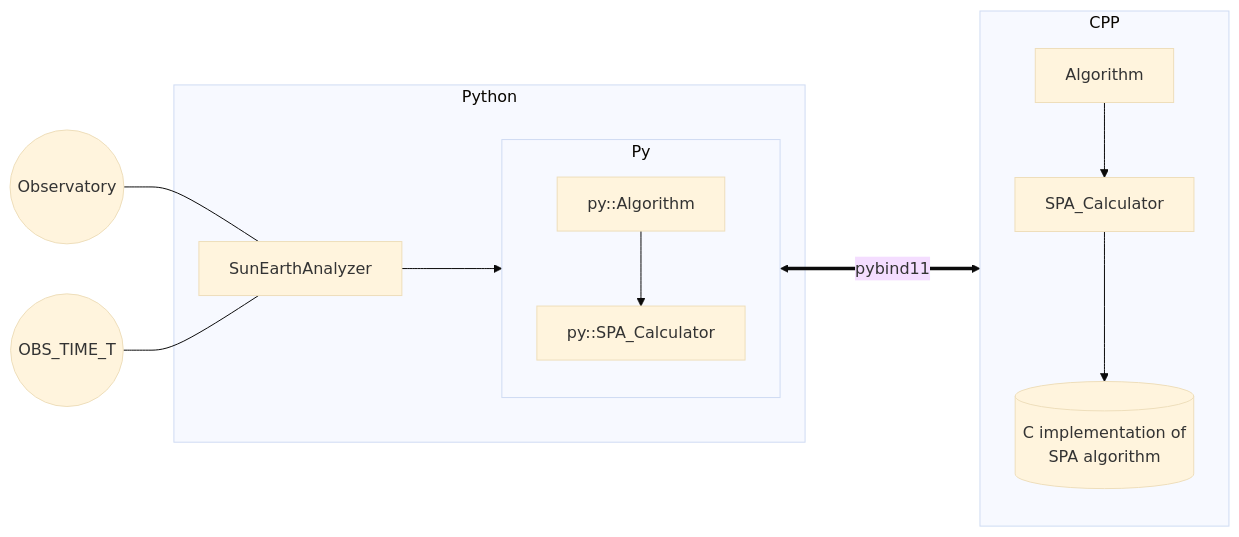
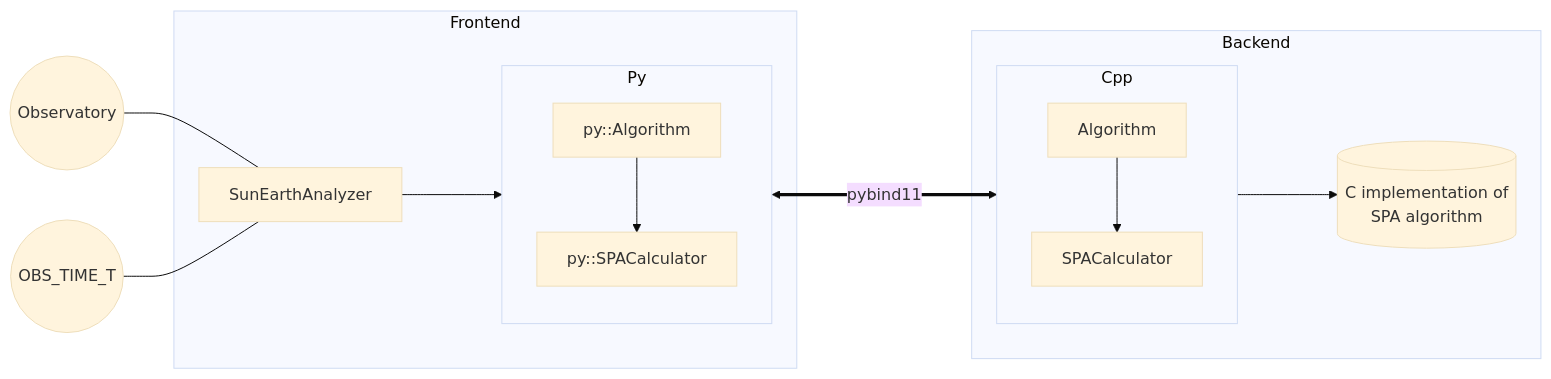
One commit to mikesongming/SE-Geometry changed the first of 3 diagrams in docs/dev-guide/dev-guide.md. Above: the diagram before and after it, drawn with Mermaid (base theme). The commit also changed other lines of this file and 17 other files, not shown here.

````diff
--- a/docs/dev-guide/dev-guide.md
+++ b/docs/dev-guide/dev-guide.md
@@ -44,30 +44,33 @@
 ``` mermaid
 flowchart LR
     i1((Observatory))
     i2((OBS_TIME_T))
     c1[SunEarthAnalyzer]
     a1[py::Algorithm]
-    a2[py::SPA_Calculator]
+    a2[py::SPACalculator]
     b1[Algorithm]
-    b2[SPA_Calculator]
+    b2[SPACalculator]
     d1[(C implementation of<br>SPA algorithm)]
 
     i1---c1
     i2---c1
 
-    Py<===>|pybind11|CPP
+    Py<===>|pybind11|Cpp
 
-    subgraph Python
+    subgraph Frontend
         c1--->Py
         subgraph Py
             direction TB
             a1-->a2
         end
     end
 
-    subgraph CPP
-        direction TB
-        b1-->b2
-        b2--->d1
+    subgraph Backend
+        Cpp--->d1
+
+        subgraph Cpp
+            direction TB
+            b1-->b2
+        end
     end
 ```
````
